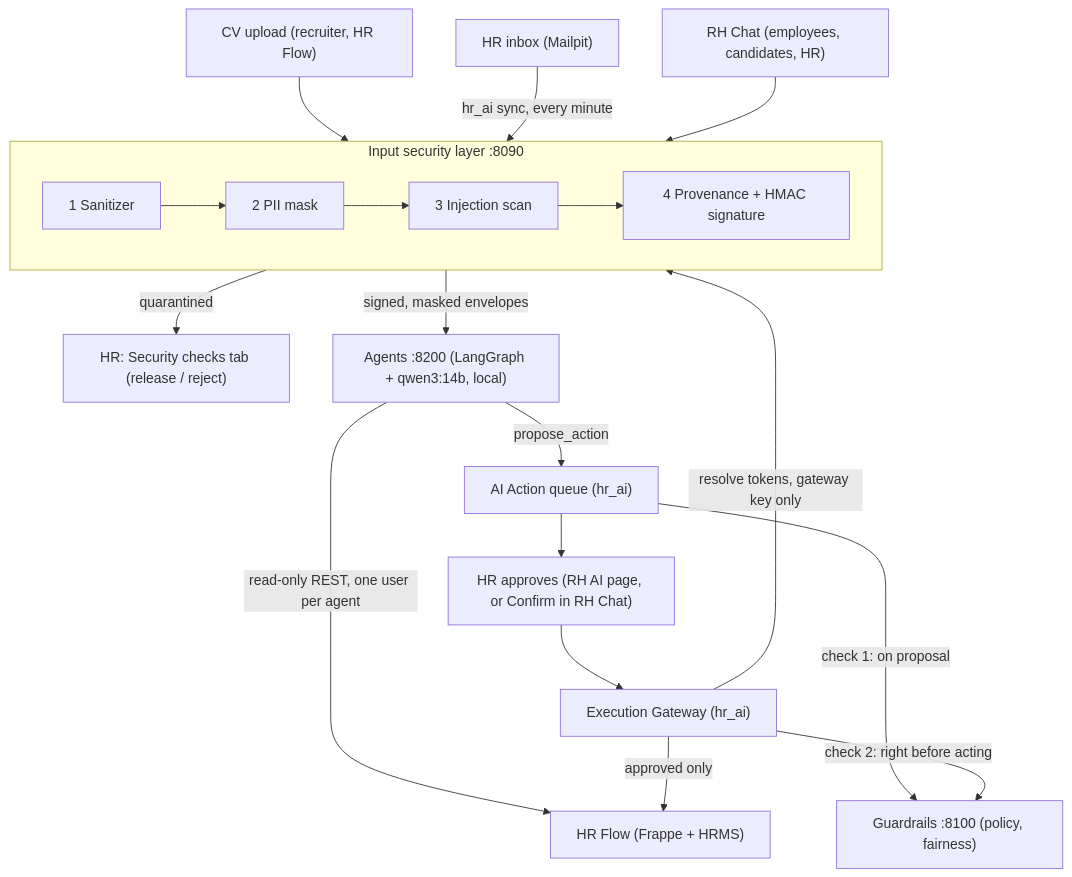
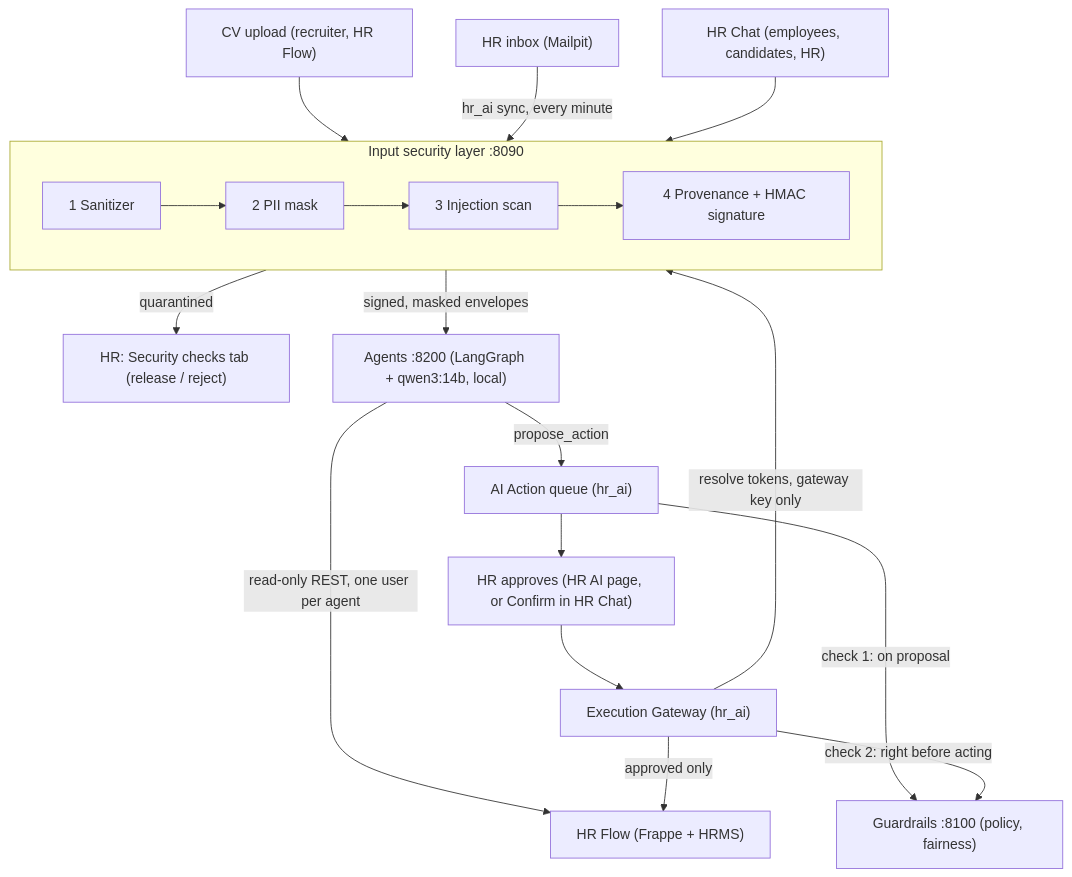
One commit to mohamedkouki101/SOS_Astrpreneur10 changed the diagram in README.md. Above: the diagram before and after it, drawn with Mermaid. The commit also changed other lines of this file and 53 other files, not shown here.

````diff
--- a/README.md
+++ b/README.md
@@ -21,19 +21,19 @@
 ```mermaid
 flowchart TB
   CV["CV upload (recruiter, HR Flow)"] --> ISL
   MAIL["HR inbox (Mailpit)"] -->|hr_ai sync, every minute| ISL
-  CHAT["RH Chat (employees, candidates, HR)"] --> ISL
+  CHAT["HR Chat (employees, candidates, HR)"] --> ISL
   subgraph ISL["Input security layer :8090"]
     S1["1 Sanitizer"] --> S2["2 PII mask"] --> S3["3 Injection scan"] --> S4["4 Provenance + HMAC signature"]
   end
   ISL -->|quarantined| SEC["HR: Security checks tab (release / reject)"]
   ISL -->|signed, masked envelopes| AG["Agents :8200 (LangGraph + qwen3:14b, local)"]
   AG -->|read-only REST, one user per agent| RHF["HR Flow (Frappe + HRMS)"]
   AG -->|propose_action| Q["AI Action queue (hr_ai)"]
   Q -->|check 1: on proposal| GR["Guardrails :8100 (policy, fairness)"]
-  Q --> HUM["HR approves (RH AI page, or Confirm in RH Chat)"]
+  Q --> HUM["HR approves (HR AI page, or Confirm in HR Chat)"]
   HUM --> EX["Execution Gateway (hr_ai)"]
   EX -->|check 2: right before acting| GR
   EX -->|resolve tokens, gateway key only| ISL
   EX -->|approved only| RHF
 ```
````
